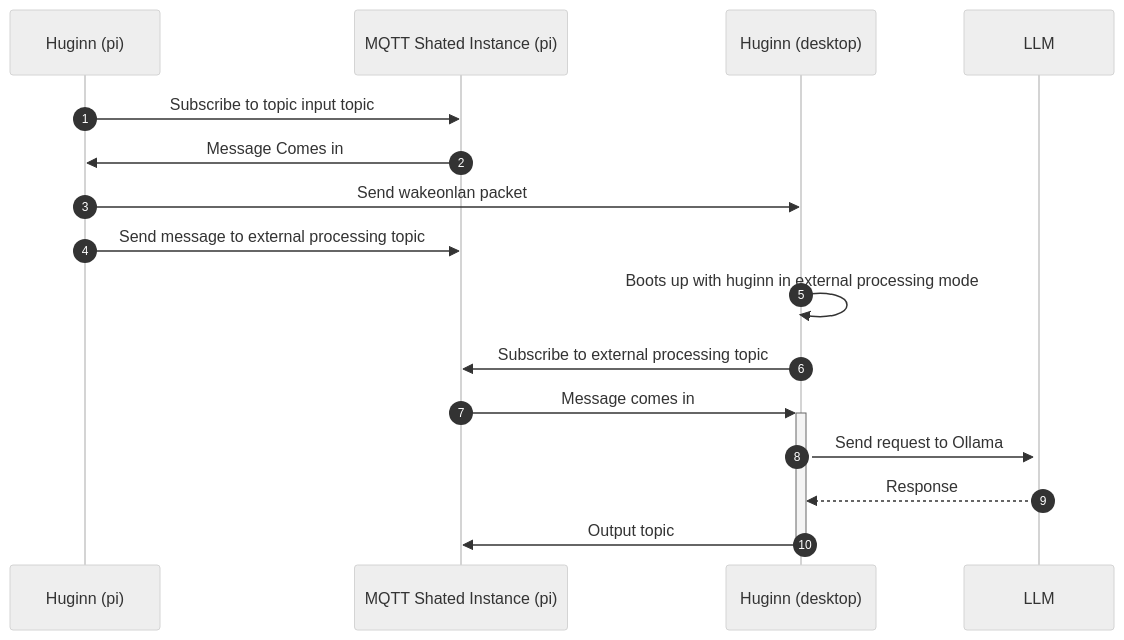
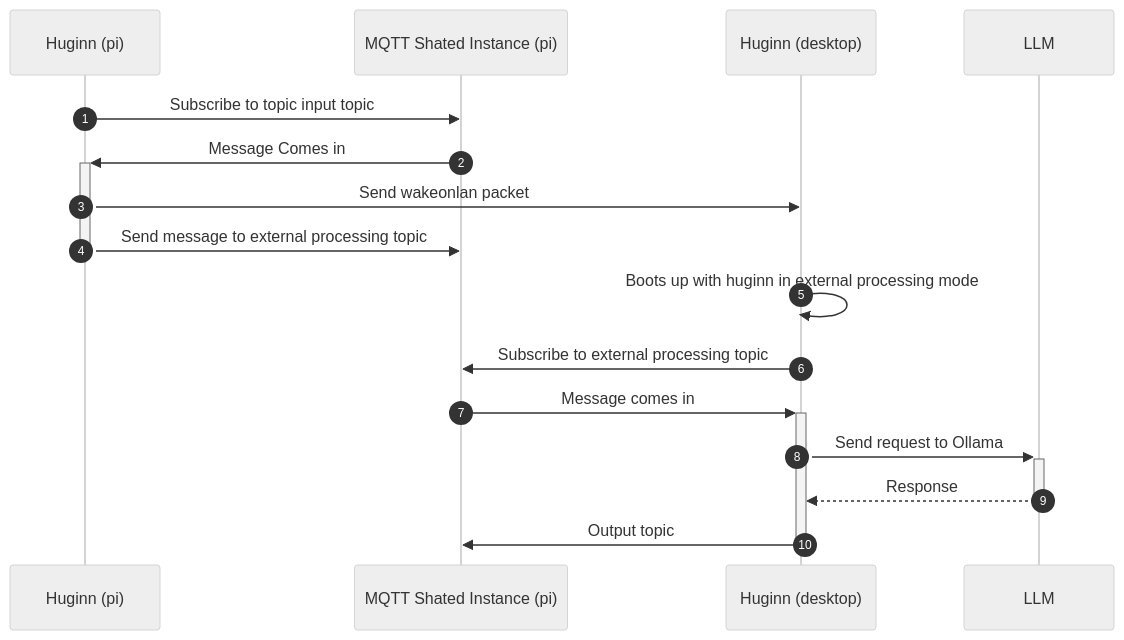
The diagram in README.md (divanvisagie/huginn), drawn with Mermaid (neutral theme) before and after one commit.

Commit message:
Update the diagram

````diff
--- a/README.md
+++ b/README.md
@@ -10,19 +10,19 @@
 ```mermaid
 sequenceDiagram
     autonumber
     participant h as Huginn (pi)
     participant m as MQTT Shated Instance (pi)
     participant d as Huginn (desktop)
     participant l as LLM
     h->>m: Subscribe to topic input topic
-    m->>h: Message Comes in
+    m->>+h: Message Comes in
     h->>d: Send wakeonlan packet
-    h->>m: Send message to external processing topic
+    h->>-m: Send message to external processing topic
     d->>d: Boots up with huginn in external processing mode
     d->>m: Subscribe to external processing topic
     m->>+d: Message comes in
     d->>+l: Send request to Ollama
-    l-->>d: Response
+    l-->>-d: Response
     d->>-m: Output topic
 
 ```
````
